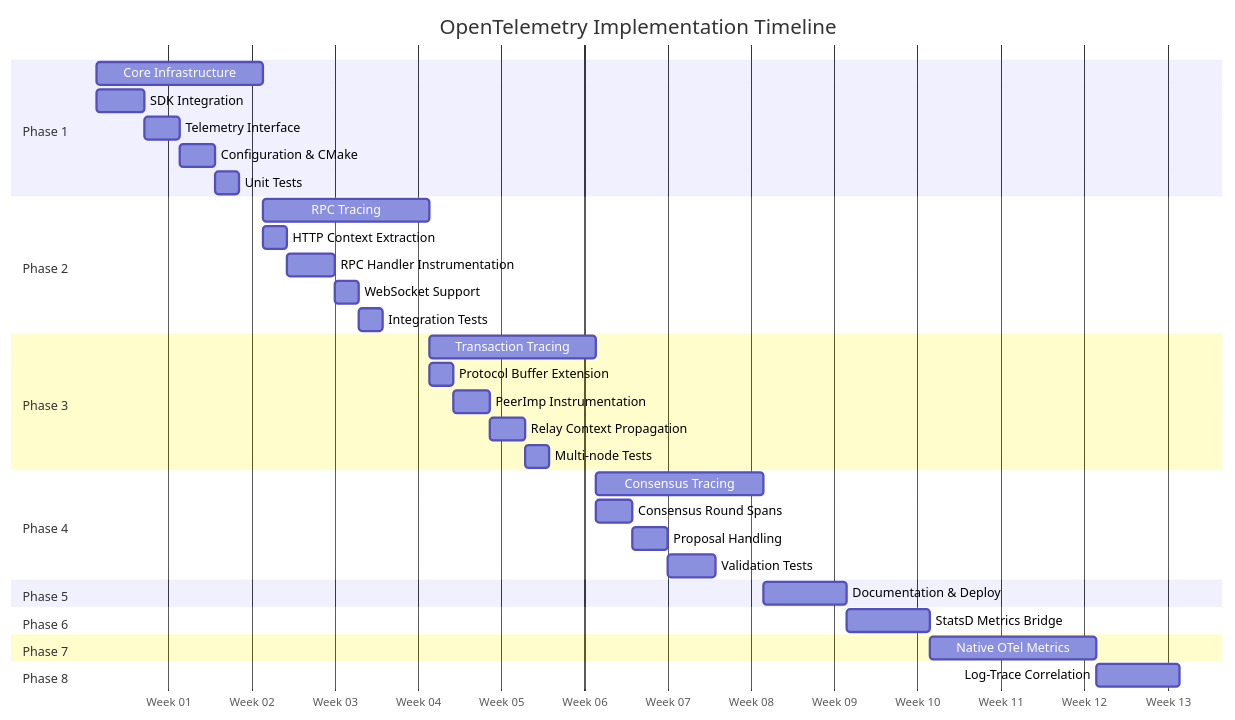
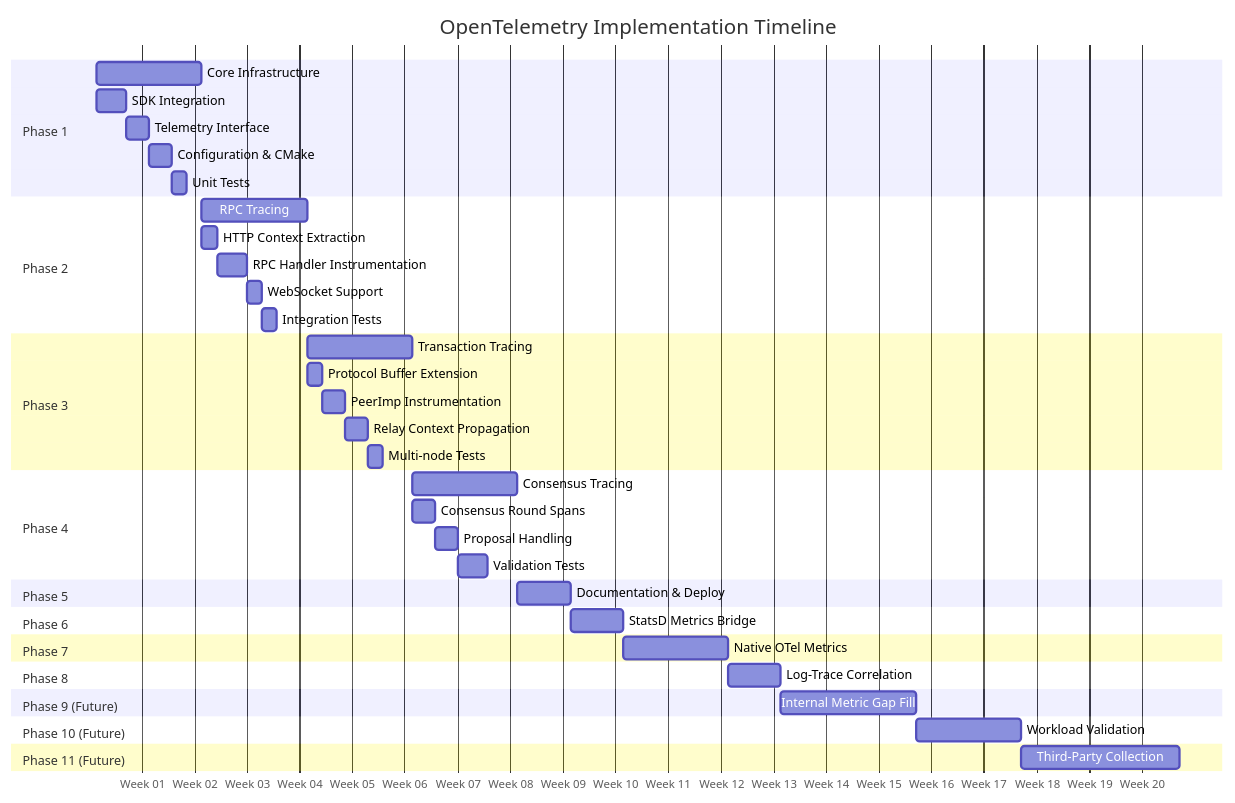
The first of 12 diagrams in OpenTelemetryPlan/06-implementation-phases.md (mvanhorn/rippled), drawn with Mermaid before and after one commit. The commit also changed other lines of this file and 5 other files, not shown here.

First line of the commit message:
Phase 9-11: Future enhancement plans for metric gap fill, workload validation, and third-party pipelines

````diff
--- a/OpenTelemetryPlan/06-implementation-phases.md
+++ b/OpenTelemetryPlan/06-implementation-phases.md
@@ -10,45 +10,54 @@
 ```mermaid
 gantt
     title OpenTelemetry Implementation Timeline
     dateFormat  YYYY-MM-DD
     axisFormat  Week %W
 
     section Phase 1
     Core Infrastructure        :p1, 2024-01-01, 2w
     SDK Integration           :p1a, 2024-01-01, 4d
     Telemetry Interface       :p1b, after p1a, 3d
     Configuration & CMake     :p1c, after p1b, 3d
     Unit Tests                :p1d, after p1c, 2d
 
     section Phase 2
     RPC Tracing               :p2, after p1, 2w
     HTTP Context Extraction   :p2a, after p1, 2d
     RPC Handler Instrumentation :p2b, after p2a, 4d
     WebSocket Support         :p2c, after p2b, 2d
     Integration Tests         :p2d, after p2c, 2d
 
     section Phase 3
     Transaction Tracing       :p3, after p2, 2w
     Protocol Buffer Extension :p3a, after p2, 2d
     PeerImp Instrumentation   :p3b, after p3a, 3d
     Relay Context Propagation :p3c, after p3b, 3d
     Multi-node Tests          :p3d, after p3c, 2d
 
     section Phase 4
     Consensus Tracing         :p4, after p3, 2w
     Consensus Round Spans     :p4a, after p3, 3d
     Proposal Handling         :p4b, after p4a, 3d
     Validation Tests          :p4c, after p4b, 4d
 
     section Phase 5
     Documentation & Deploy    :p5, after p4, 1w
 
     section Phase 6
     StatsD Metrics Bridge     :p6, after p5, 1w
 
     section Phase 7
     Native OTel Metrics       :p7, after p6, 2w
 
     section Phase 8
     Log-Trace Correlation     :p8, after p7, 1w
+
+    section Phase 9 (Future)
+    Internal Metric Gap Fill  :p9, after p8, 2.5w
+
+    section Phase 10 (Future)
+    Workload Validation       :p10, after p9, 2w
+
+    section Phase 11 (Future)
+    Third-Party Collection    :p11, after p10, 3w
 ```
````
